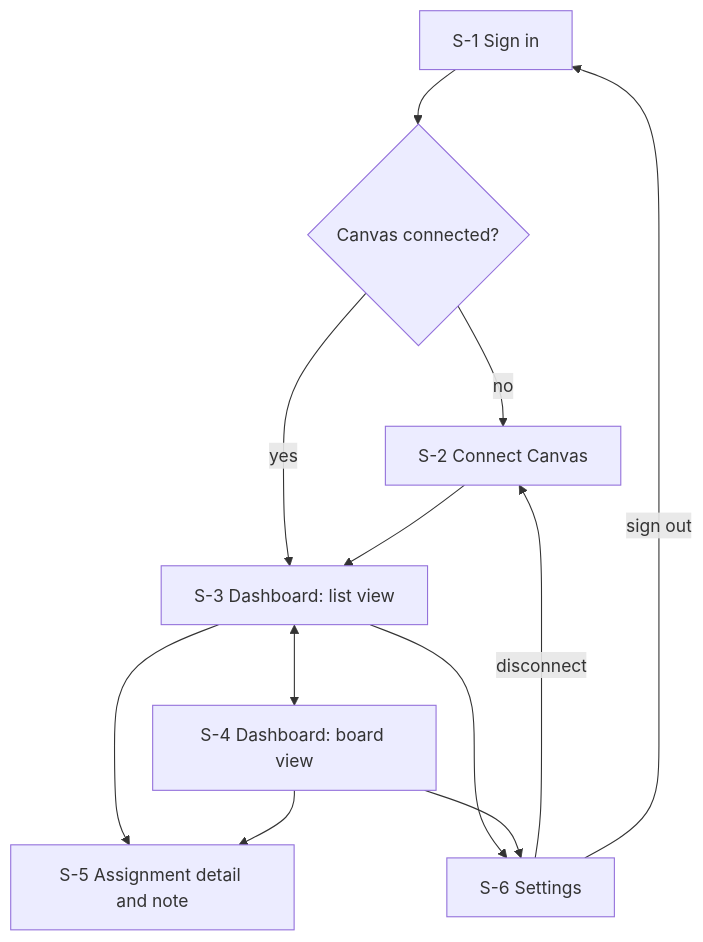
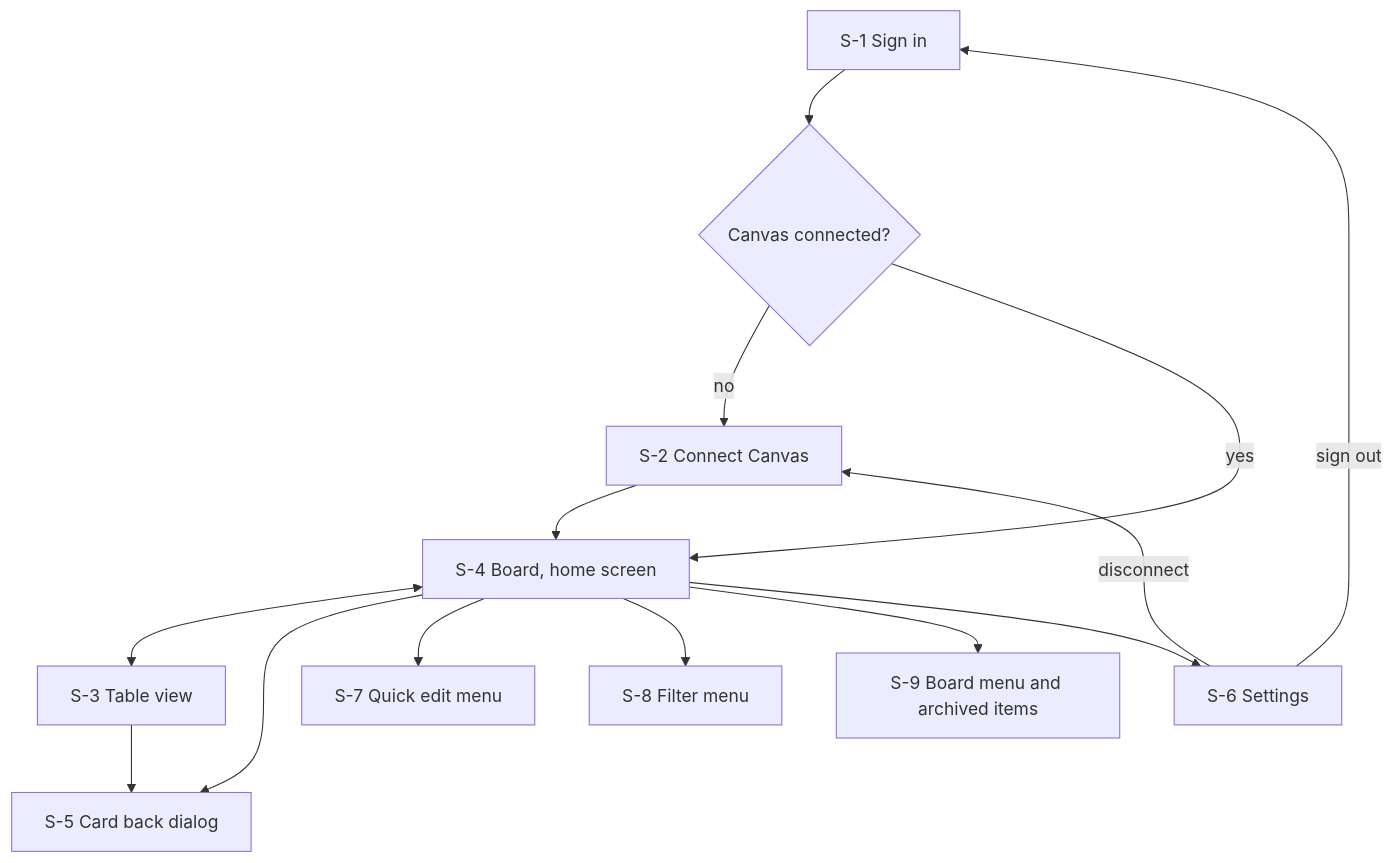
One commit to bbranton/TestProj changed the first of 9 diagrams in docs/canvas-portal/04-wireframes-workflows.md. Above: the diagram before and after it, drawn with Mermaid. The commit also changed other lines of this file and 5 other files, not shown here.

````diff
--- a/docs/canvas-portal/04-wireframes-workflows.md
+++ b/docs/canvas-portal/04-wireframes-workflows.md
@@ -14,14 +17,16 @@
 ```mermaid
 flowchart TD
     S1[S-1 Sign in] --> Q{Canvas connected?}
     Q -- no --> S2[S-2 Connect Canvas]
-    Q -- yes --> S3[S-3 Dashboard: list view]
-    S2 --> S3
-    S3 <--> S4[S-4 Dashboard: board view]
-    S3 --> S5[S-5 Assignment detail and note]
-    S4 --> S5
-    S3 --> S6[S-6 Settings]
-    S4 --> S6
+    Q -- yes --> S4[S-4 Board, home screen]
+    S2 --> S4
+    S4 <--> S3[S-3 Table view]
+    S4 --> S5[S-5 Card back dialog]
+    S3 --> S5
+    S4 --> S7[S-7 Quick edit menu]
+    S4 --> S8[S-8 Filter menu]
+    S4 --> S9[S-9 Board menu and archived items]
+    S4 --> S6[S-6 Settings]
     S6 -- disconnect --> S2
     S6 -- sign out --> S1
 ```
````
